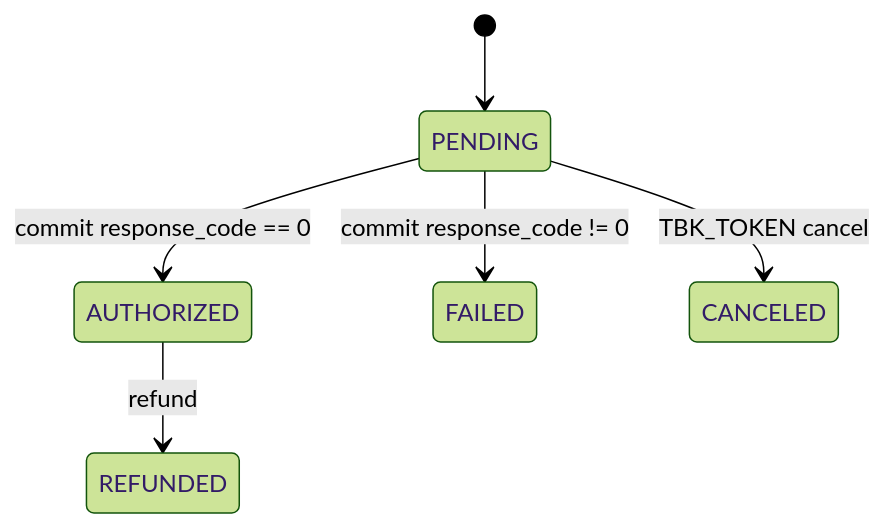
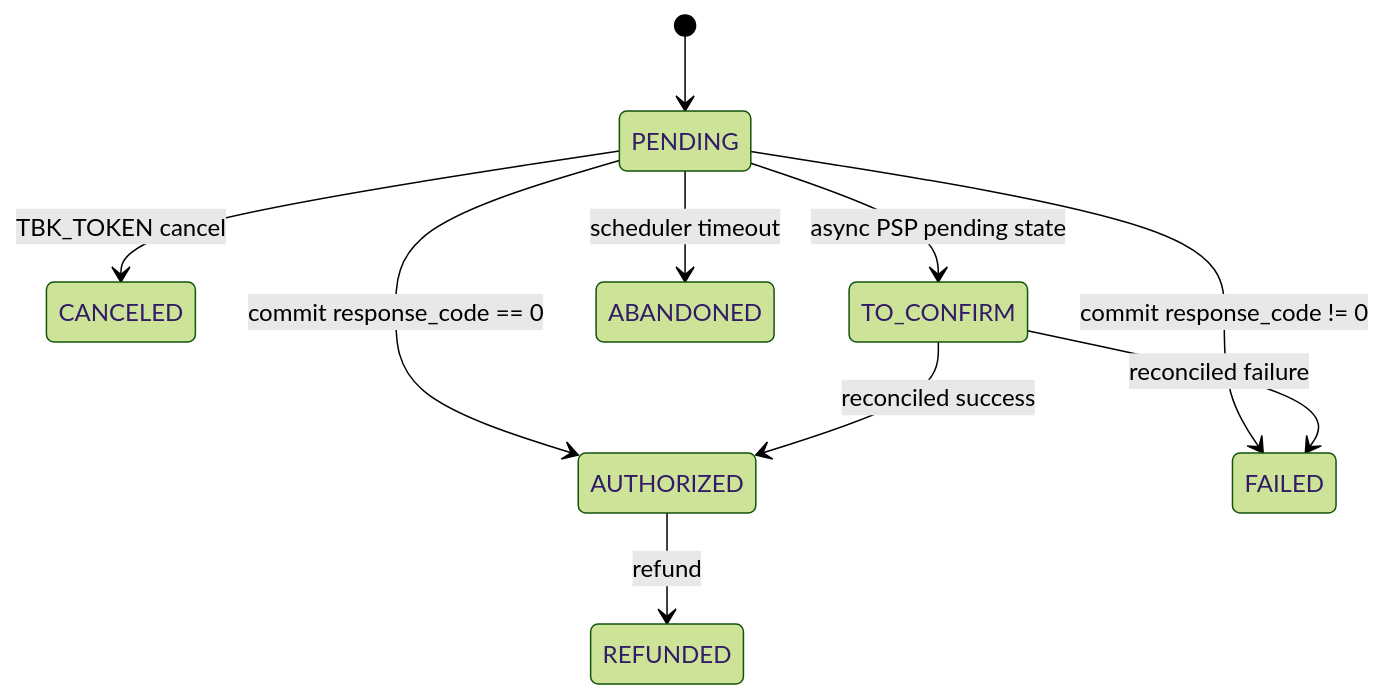
One commit to carlosSepher/ninja-payments-api changed the third of 6 diagrams in README.md. Above: the diagram before and after it, drawn with Mermaid (forest theme). The commit also changed other lines of this file and 16 other files, not shown here.

````diff
--- a/README.md
+++ b/README.md
@@ -179,8 +194,12 @@
 ```mermaid
 stateDiagram-v2
   [*] --> PENDING
   PENDING --> AUTHORIZED: commit response_code == 0
   PENDING --> FAILED: commit response_code != 0
   PENDING --> CANCELED: TBK_TOKEN cancel
+  PENDING --> TO_CONFIRM: async PSP pending state
+  TO_CONFIRM --> AUTHORIZED: reconciled success
+  TO_CONFIRM --> FAILED: reconciled failure
+  PENDING --> ABANDONED: scheduler timeout
   AUTHORIZED --> REFUNDED: refund
 ```
````
